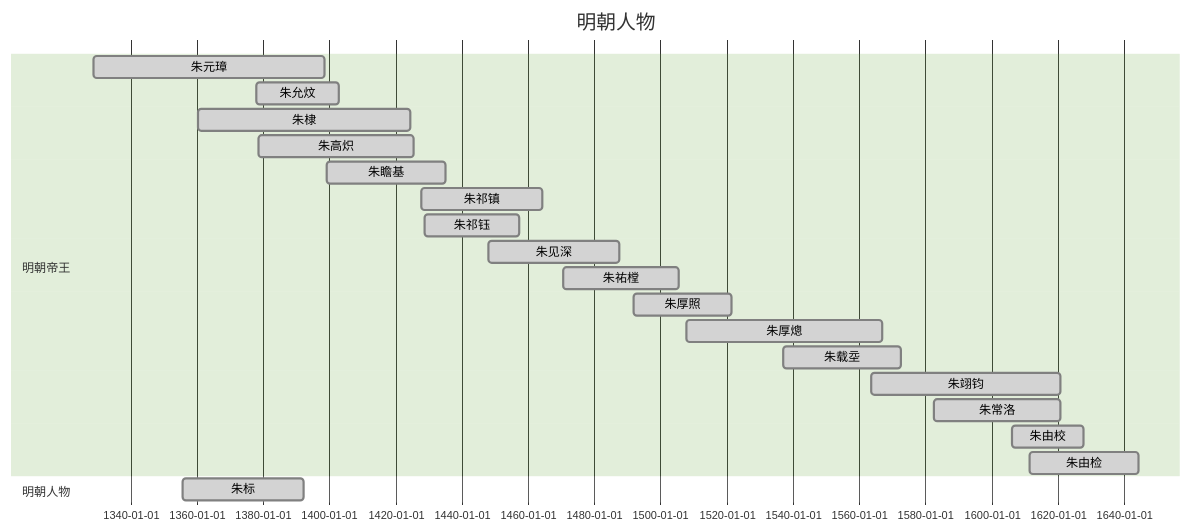
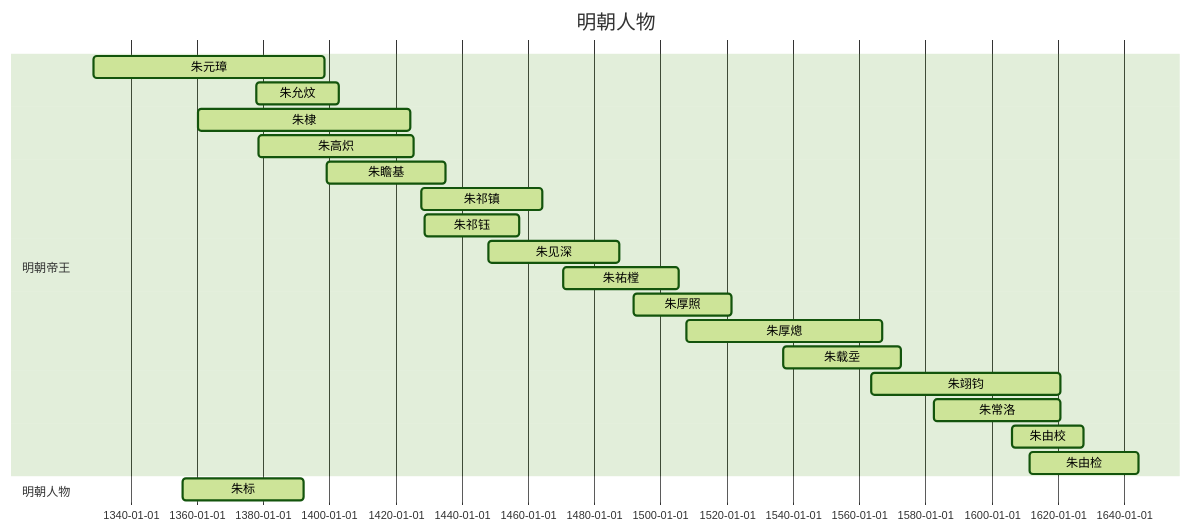
One commit to pemglee/HistoryNotes changed the second of 4 diagrams in NoteList.md. Above: the diagram before and after it, drawn with Mermaid (forest theme). The commit also changed other lines of this file, not shown here.

````diff
--- a/NoteList.md
+++ b/NoteList.md
@@ -43,29 +43,29 @@
 ```mermaid
 gantt
 dateFormat YYYY-MM-DD
 title 明朝人物
 
 section 明朝帝王
-朱元璋: done, , 1328-10-21, 1398-06-24
-朱允炆: done, , 1377-12-05, 1402-12-31
-朱棣: done, , 1360-05-02, 1424-08-12
-朱高炽: done, 1378-08-16, 1425-05-29
-朱瞻基: done, 1399-03-16, 1435-01-31
-朱祁镇: done, 1427-11-29, 1464-02-23
-朱祁钰: done, 1428-09-11, 1457-03-14
-朱见深: done, 1447-12-09, 1487-09-09
-朱祐樘: done, 1470-07-30, 1505-06-08
-朱厚照: done, 1491-10-26, 1521-04-20
-朱厚熜: done, 1507-09-16, 1567-01-23
-朱载坖: done, 1537-03-04, 1572-07-05
-朱翊钧: done, 1563-09-04, 1620-08-18
-朱常洛: done, 1582-08-28, 1620-09-26
-朱由校: done, 1605-12-23, 1627-09-30
-朱由检: done, 1611-06-02, 1644-04-25
+朱元璋: active, , 1328-10-21, 1398-06-24
+朱允炆: active, , 1377-12-05, 1402-12-31
+朱棣: active, , 1360-05-02, 1424-08-12
+朱高炽: active, 1378-08-16, 1425-05-29
+朱瞻基: active, 1399-03-16, 1435-01-31
+朱祁镇: active, 1427-11-29, 1464-02-23
+朱祁钰: active, 1428-09-11, 1457-03-14
+朱见深: active, 1447-12-09, 1487-09-09
+朱祐樘: active, 1470-07-30, 1505-06-08
+朱厚照: active, 1491-10-26, 1521-04-20
+朱厚熜: active, 1507-09-16, 1567-01-23
+朱载坖: active, 1537-03-04, 1572-07-05
+朱翊钧: active, 1563-09-04, 1620-08-18
+朱常洛: active, 1582-08-28, 1620-09-26
+朱由校: active, 1605-12-23, 1627-09-30
+朱由检: active, 1611-06-02, 1644-04-25
 
 section 明朝人物
-朱标: done, , 1355-10-10, 1392-05-17
+朱标: active, , 1355-10-10, 1392-05-17
 
 section 外藩
 
 ```
````
